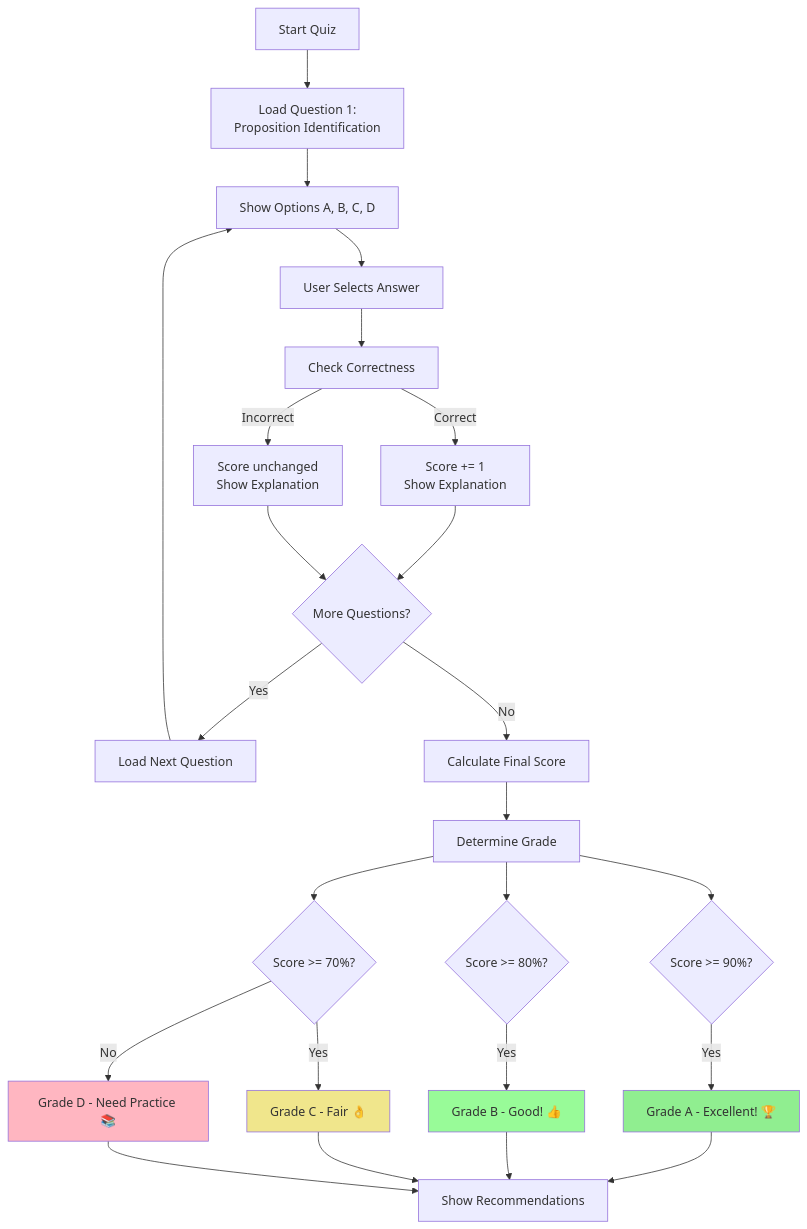
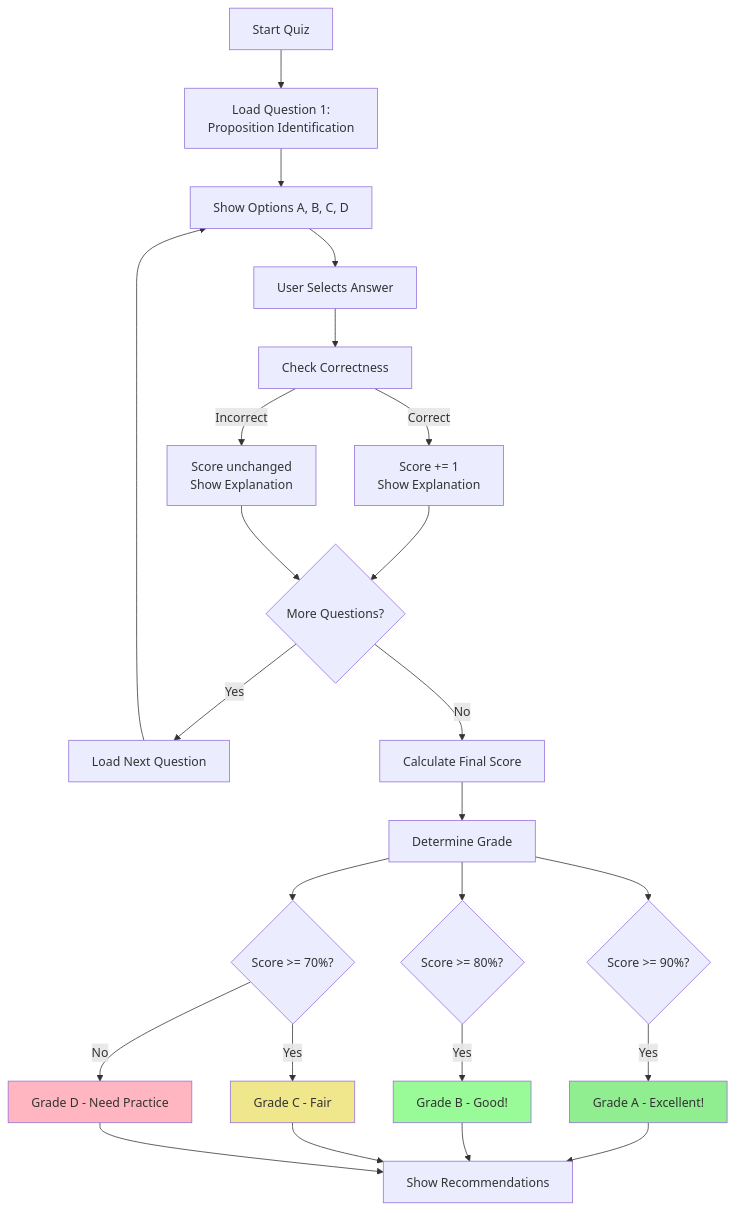
The sixth of 6 diagrams in pertemuan2.md (antonprafanto/logikamatematika), drawn with Mermaid before and after one commit. The commit also changed other lines of this file, not shown here.

````diff
--- a/pertemuan2.md
+++ b/pertemuan2.md
@@ -979,38 +979,38 @@
 ```mermaid
 flowchart TD
     A[Start Quiz] --> B[Load Question 1:<br/>Proposition Identification]
     B --> C[Show Options A, B, C, D]
     C --> D[User Selects Answer]
     D --> E[Check Correctness]
     
     E -->|Correct| F[Score += 1<br/>Show Explanation]
     E -->|Incorrect| G[Score unchanged<br/>Show Explanation]
     
     F --> H{More Questions?}
     G --> H
     
     H -->|Yes| I[Load Next Question]
     I --> C
     
     H -->|No| J[Calculate Final Score]
     J --> K[Determine Grade]
     
     K --> L{Score >= 90%?}
     K --> M{Score >= 80%?}
     K --> N{Score >= 70%?}
     
-    L -->|Yes| O[Grade A - Excellent! 🏆]
-    M -->|Yes| P[Grade B - Good! 👍]
-    N -->|Yes| Q[Grade C - Fair 👌]
-    N -->|No| R[Grade D - Need Practice 📚]
+    L -->|Yes| O[Grade A - Excellent!]
+    M -->|Yes| P[Grade B - Good!]
+    N -->|Yes| Q[Grade C - Fair]
+    N -->|No| R[Grade D - Need Practice]
     
     O --> S[Show Recommendations]
     P --> S
     Q --> S
     R --> S
     
     style O fill:#90EE90
     style P fill:#98FB98
     style Q fill:#F0E68C
     style R fill:#FFB6C1
 ```
````
